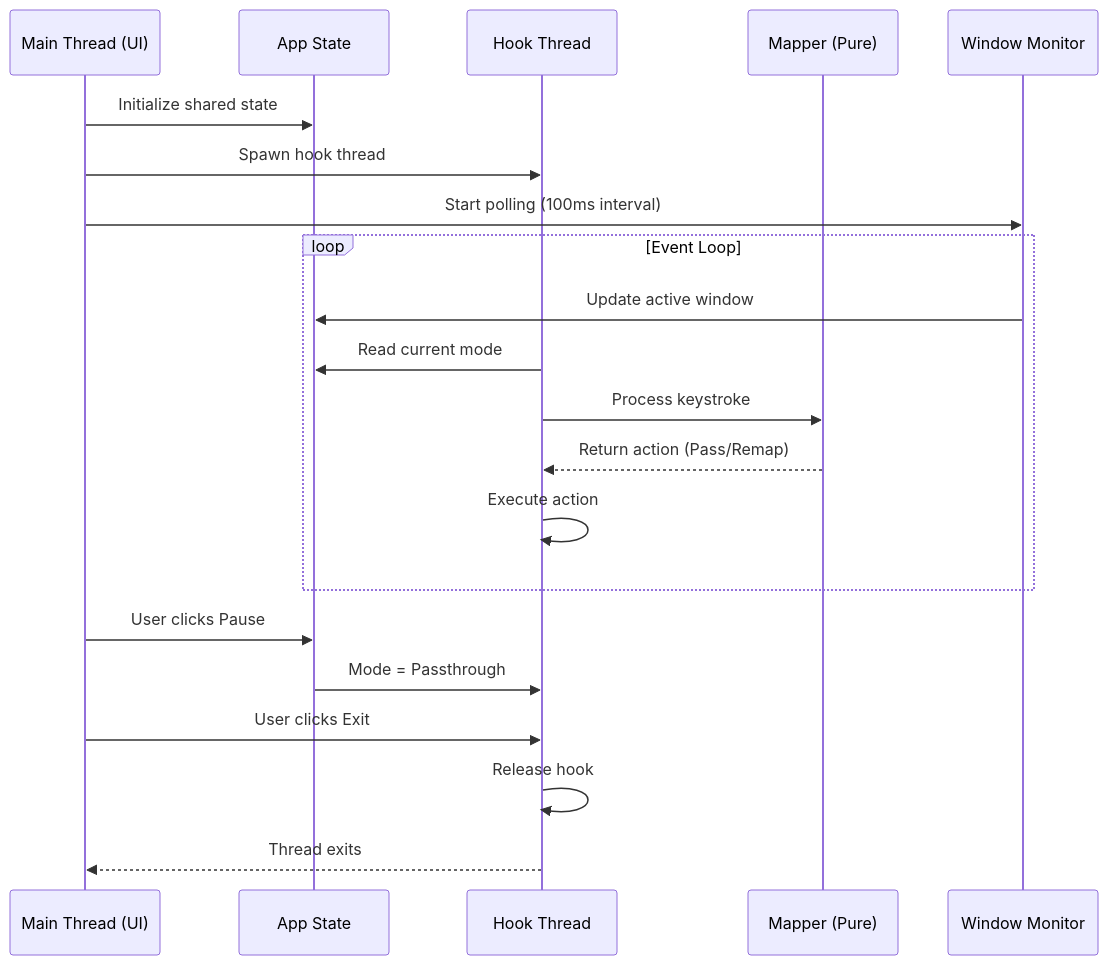
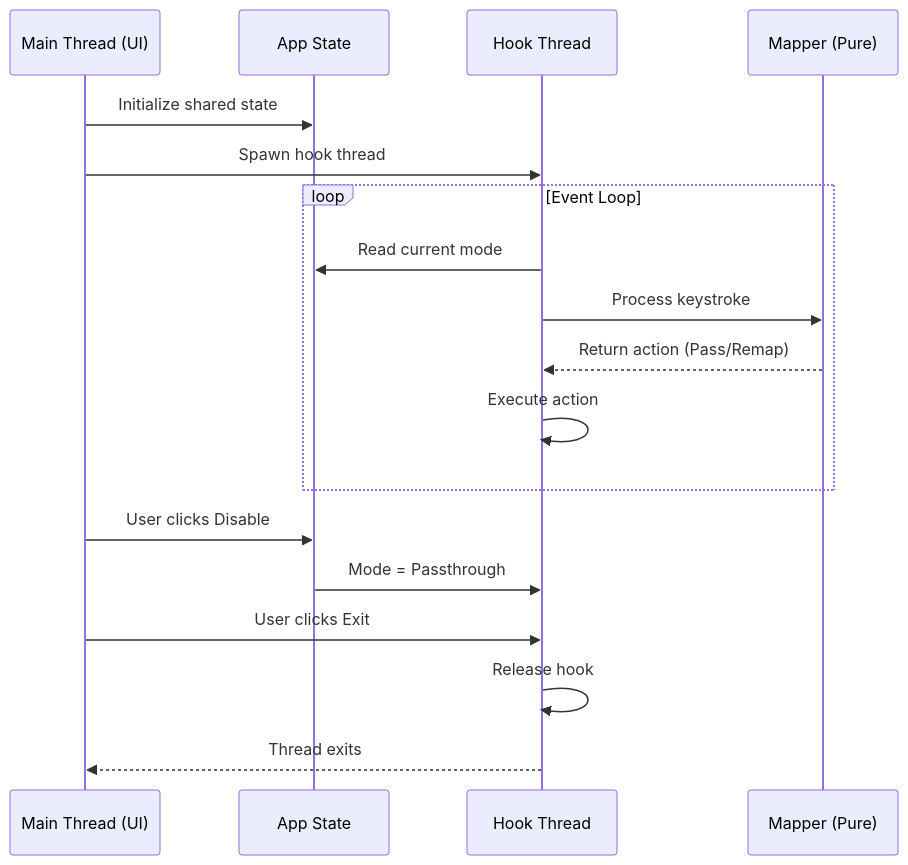
Before and after one commit to marcelocra/ghostkeys: the diagram in .kiro/specs/ghostkeys/design.md, drawn with Mermaid. The commit also changed other lines of this file and 2 other files, not shown here.

````diff
--- a/.kiro/specs/ghostkeys/design.md
+++ b/.kiro/specs/ghostkeys/design.md
@@ -50,27 +53,24 @@
 ```mermaid
 sequenceDiagram
     participant UI as Main Thread (UI)
     participant State as App State
     participant Hook as Hook Thread
     participant Mapper as Mapper (Pure)
-    participant Win as Window Monitor
 
     UI->>State: Initialize shared state
     UI->>Hook: Spawn hook thread
-    UI->>Win: Start polling (100ms interval)
     
     loop Event Loop
-        Win->>State: Update active window
         Hook->>State: Read current mode
         Hook->>Mapper: Process keystroke
         Mapper-->>Hook: Return action (Pass/Remap)
         Hook->>Hook: Execute action
     end
     
-    UI->>State: User clicks Pause
+    UI->>State: User clicks Disable
     State->>Hook: Mode = Passthrough
     
     UI->>Hook: User clicks Exit
     Hook->>Hook: Release hook
     Hook-->>UI: Thread exits
 ```
````
